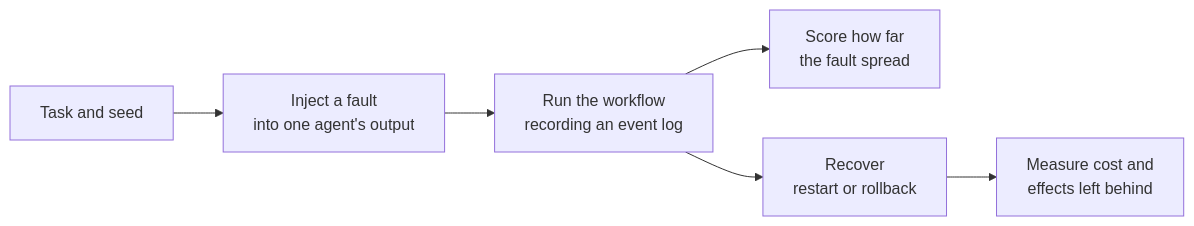
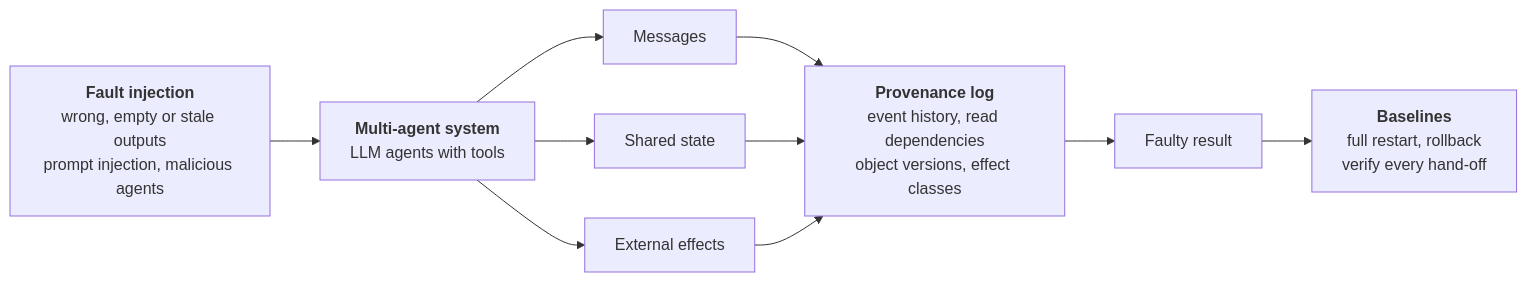
One commit to Srivatsan6923/cone-fault-recovery changed the diagram in README.md. Above: the diagram before and after it, drawn with Mermaid. The commit also changed other lines of this file, not shown here.

Commit message:
README: one overview diagram for what Phase 1 builds

````diff
--- a/README.md
+++ b/README.md
@@ -22,8 +9,12 @@
 ```mermaid
 flowchart LR
-    T[Task and seed] --> I[Inject a fault<br/>into one agent's output]
-    I --> P[Run the workflow<br/>recording an event log]
-    P --> S[Score how far<br/>the fault spread]
-    P --> R[Recover<br/>restart or rollback]
-    R --> C[Measure cost and<br/>effects left behind]
+    F["<b>Fault injection</b><br/>wrong, empty or stale outputs<br/>prompt injection, malicious agents"] --> M
+    M["<b>Multi-agent system</b><br/>LLM agents with tools"] --> Msg[Messages]
+    M --> St[Shared state]
+    M --> Ef[External effects]
+    Msg --> L
+    St --> L
+    Ef --> L
+    L["<b>Provenance log</b><br/>event history, read dependencies<br/>object versions, effect classes"] --> R[Faulty result]
+    R --> B["<b>Baselines</b><br/>full restart, rollback<br/>verify every hand-off"]
 ```
````
